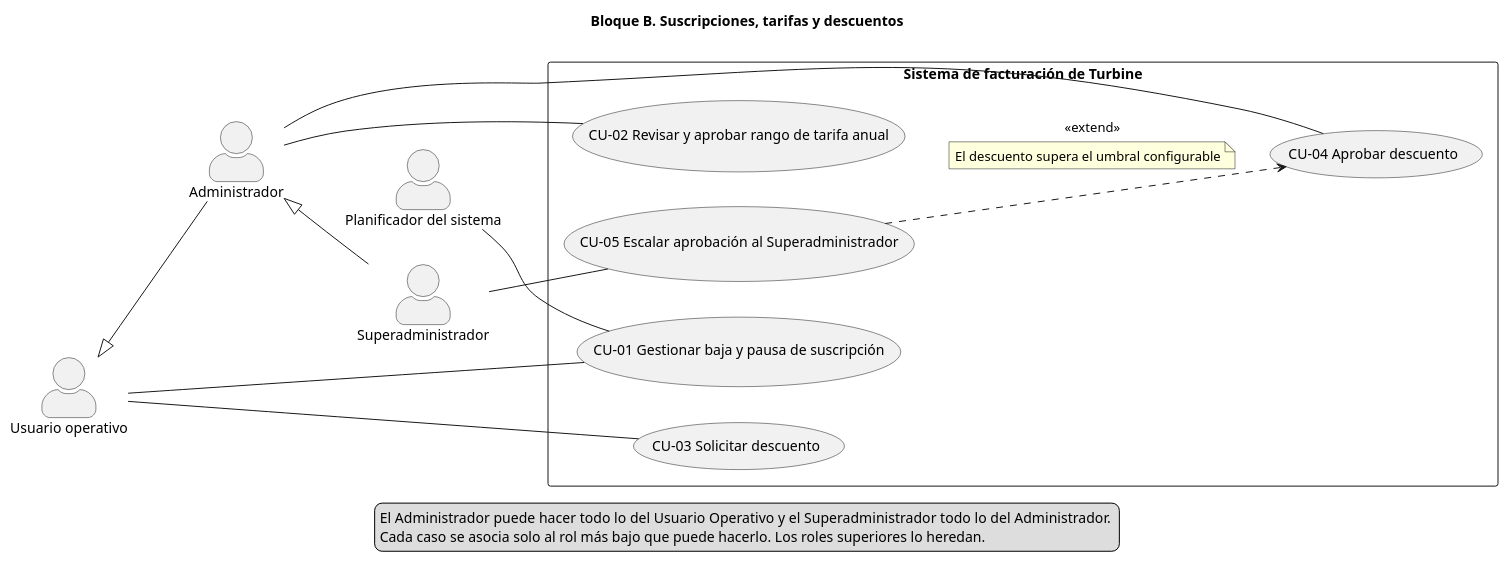
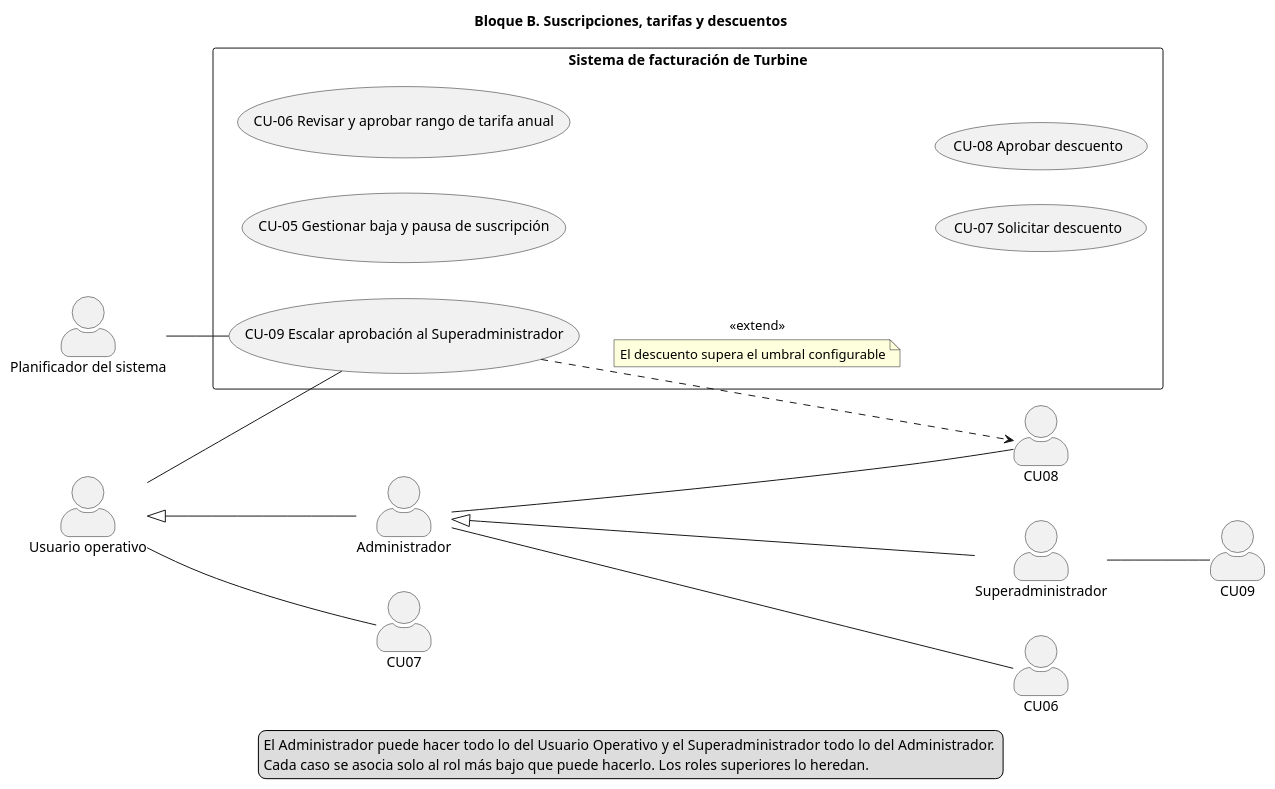
One commit to suqihao-star/JIRAFAS changed the diagram in doc/src/Casos_Uso_B_Suscripciones_Tarifas_y_Descuentos.pu. Above: the diagram before and after it, drawn with PlantUML.

Commit message:
CORRECCION ENTREGA 1 BLOQUE B

```diff
--- a/doc/src/Casos_Uso_B_Suscripciones_Tarifas_y_Descuentos.pu
+++ b/doc/src/Casos_Uso_B_Suscripciones_Tarifas_y_Descuentos.pu
@@ -1,32 +1,32 @@
 @startuml
 skinparam actorStyle awesome
 left to right direction
 title Bloque B. Suscripciones, tarifas y descuentos
 actor "Usuario operativo" as UO
 actor "Administrador" as ADMIN
 actor "Superadministrador" as SADMIN
 UO <|-- ADMIN
 ADMIN <|-- SADMIN
 rectangle "Sistema de facturación de Turbine" {
-  usecase "CU-01 Gestionar baja y pausa de suscripción" as CU01
-  usecase "CU-02 Revisar y aprobar rango de tarifa anual" as CU02
-  usecase "CU-03 Solicitar descuento" as CU03
-  usecase "CU-04 Aprobar descuento" as CU04
-  usecase "CU-05 Escalar aprobación al Superadministrador" as CU05
+  usecase "CU-05 Gestionar baja y pausa de suscripción" as CU01
+  usecase "CU-06 Revisar y aprobar rango de tarifa anual" as CU02
+  usecase "CU-07 Solicitar descuento" as CU03
+  usecase "CU-08 Aprobar descuento" as CU04
+  usecase "CU-09 Escalar aprobación al Superadministrador" as CU05
 }
 actor "Planificador del sistema" as PS
-UO -- CU01
-PS -- CU01
-ADMIN -- CU02
-UO -- CU03
-ADMIN -- CU04
-SADMIN -- CU05
-CU05 ..> CU04 : <<extend>>
+UO -- CU05
+PS -- CU05
+ADMIN -- CU06
+UO -- CU07
+ADMIN -- CU08
+SADMIN -- CU09
+CU05 ..> CU08 : <<extend>>
 note on link
 El descuento supera el umbral configurable
 end note
 legend bottom
 El Administrador puede hacer todo lo del Usuario Operativo y el Superadministrador todo lo del Administrador. 
 Cada caso se asocia solo al rol más bajo que puede hacerlo. Los roles superiores lo heredan.
 endlegend
 @enduml
```
